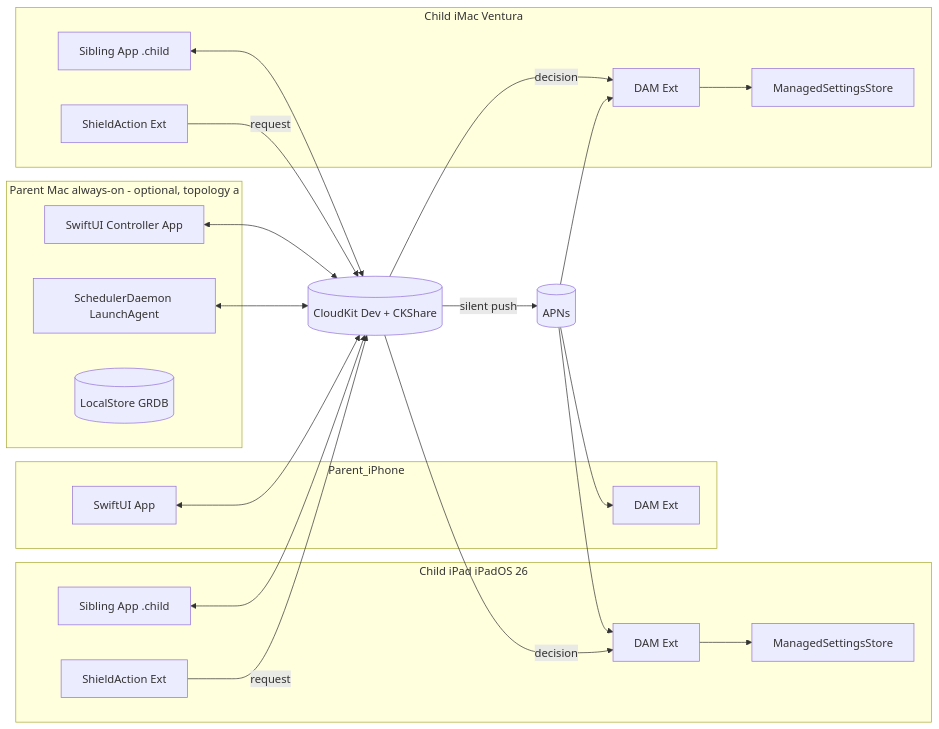
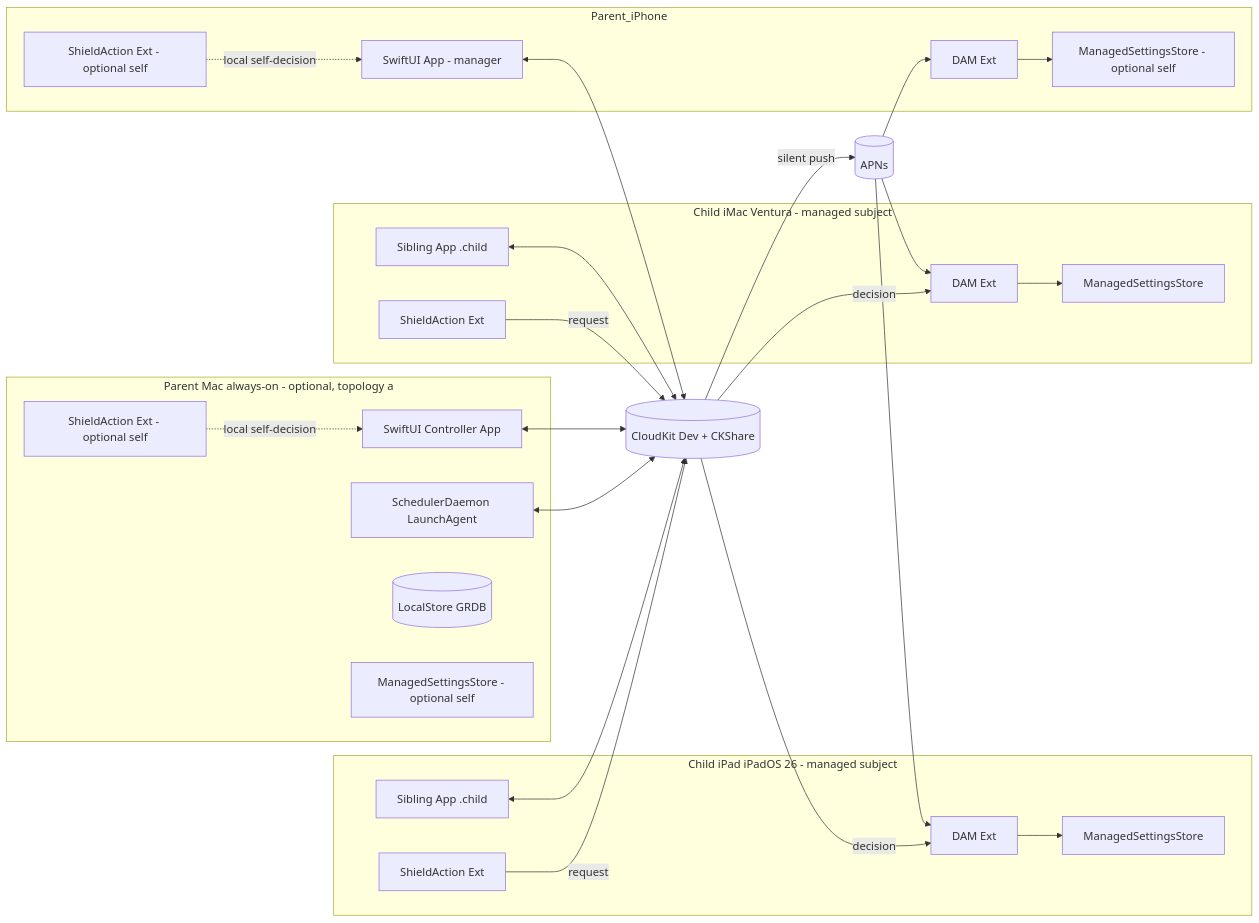
The diagram in PLAN_A.md (emclain/screen-time-scheduler), drawn with Mermaid before and after one commit. The commit also changed other lines of this file, not shown here.

````diff
--- a/PLAN_A.md
+++ b/PLAN_A.md
@@ -24,41 +54,48 @@
 ```mermaid
 flowchart LR
   subgraph Parent_Mac[Parent Mac always-on - optional, topology a]
     PUIm[SwiftUI Controller App]
     Daemon[SchedulerDaemon LaunchAgent]
     LSm[(LocalStore GRDB)]
+    SAEpm[ShieldAction Ext - optional self]
+    MSpm[ManagedSettingsStore - optional self]
   end
   subgraph Parent_iPhone
-    PUIp[SwiftUI App]
+    PUIp[SwiftUI App - manager]
     DAMp[DAM Ext]
+    SAEp[ShieldAction Ext - optional self]
+    MSp[ManagedSettingsStore - optional self]
   end
-  subgraph Child_iPad[Child iPad iPadOS 26]
+  subgraph Child_iPad[Child iPad iPadOS 26 - managed subject]
     CUIi[Sibling App .child]
     DAMi[DAM Ext]
     SAEi[ShieldAction Ext]
     MSi[ManagedSettingsStore]
   end
-  subgraph Child_Mac[Child iMac Ventura]
+  subgraph Child_Mac[Child iMac Ventura - managed subject]
     CUIm[Sibling App .child]
     DAMm[DAM Ext]
     SAEm[ShieldAction Ext]
     MSm[ManagedSettingsStore]
   end
   CK[(CloudKit Dev + CKShare)]
   APNs[(APNs)]
   PUIm <--> CK
   Daemon <--> CK
   PUIp <--> CK
   CUIi <--> CK
   CUIm <--> CK
   CK -- silent push --> APNs
   APNs --> DAMp
   APNs --> DAMi
   APNs --> DAMm
+  DAMp --> MSp
   DAMi --> MSi
   DAMm --> MSm
+  SAEp -. local self-decision .-> PUIp
+  SAEpm -. local self-decision .-> PUIm
   SAEi -- request --> CK
   SAEm -- request --> CK
   CK -- decision --> DAMi
   CK -- decision --> DAMm
 ```
````
